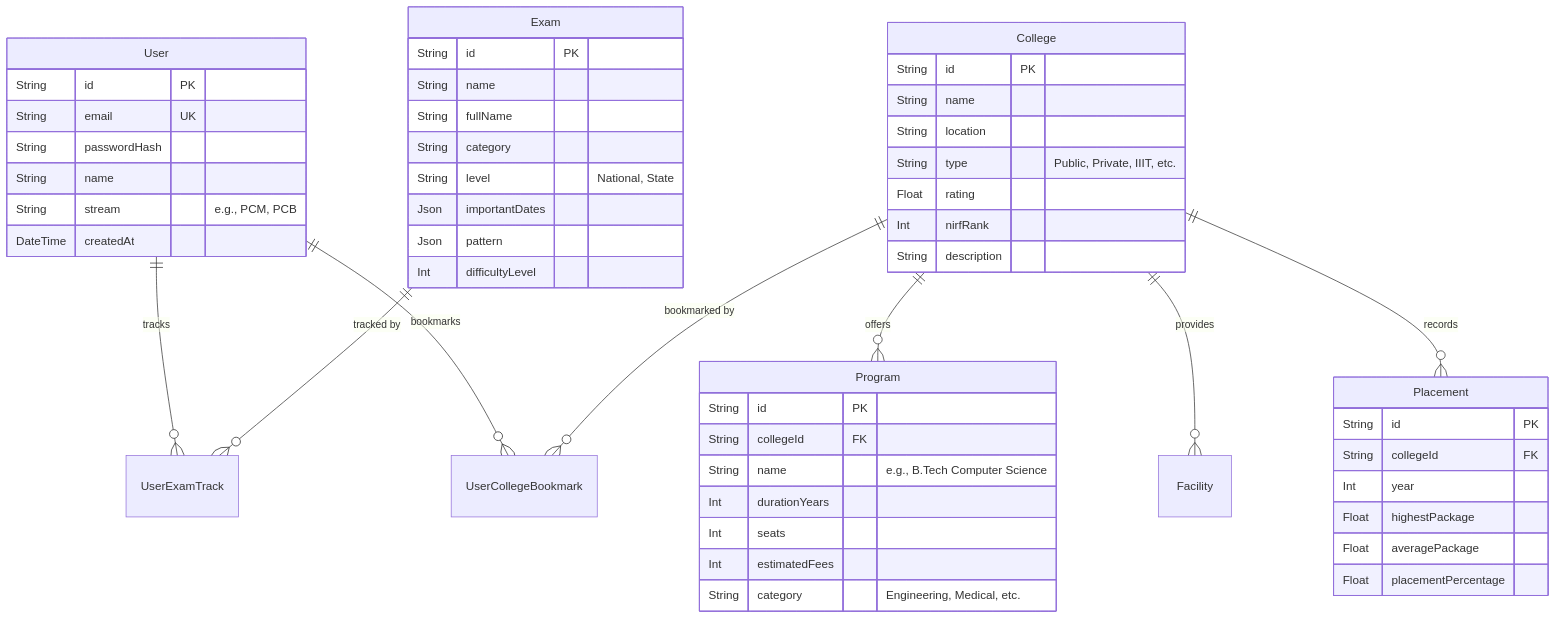
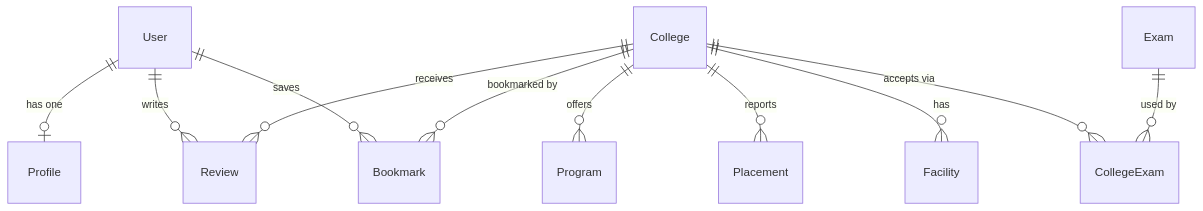
One commit to Aryan-del-07/studzens changed the diagram in docs/DATABASE_ARCHITECTURE.md. Above: the diagram before and after it, drawn with Mermaid. The commit also changed other lines of this file and 33 other files, not shown here.

````diff
--- a/docs/DATABASE_ARCHITECTURE.md
+++ b/docs/DATABASE_ARCHITECTURE.md
@@ -12,61 +17,15 @@
 ```mermaid
 erDiagram
-    User ||--o{ UserExamTrack : tracks
-    User ||--o{ UserCollegeBookmark : bookmarks
-    
-    User {
-        String id PK
-        String email UK
-        String passwordHash
-        String name
-        String stream "e.g., PCM, PCB"
-        DateTime createdAt
-    }
+    User ||--o| Profile : "has one"
+    User ||--o{ Review : "writes"
+    User ||--o{ Bookmark : "saves"
 
-    College ||--o{ Program : offers
-    College ||--o{ Facility : provides
-    College ||--o{ Placement : records
-    College ||--o{ UserCollegeBookmark : "bookmarked by"
+    College ||--o{ Program : "offers"
+    College ||--o{ Placement : "reports"
+    College ||--o{ Facility : "has"
+    College ||--o{ Review : "receives"
+    College ||--o{ Bookmark : "bookmarked by"
+    College ||--o{ CollegeExam : "accepts via"
 
-    College {
-        String id PK
-        String name
-        String location
-        String type "Public, Private, IIIT, etc."
-        Float rating
-        Int nirfRank
-        String description
-    }
-
-    Program {
-        String id PK
-        String collegeId FK
-        String name "e.g., B.Tech Computer Science"
-        Int durationYears
-        Int seats
-        Int estimatedFees
-        String category "Engineering, Medical, etc."
-    }
-
-    Placement {
-        String id PK
-        String collegeId FK
-        Int year
-        Float highestPackage
-        Float averagePackage
-        Float placementPercentage
-    }
-
-    Exam ||--o{ UserExamTrack : "tracked by"
-    
-    Exam {
-        String id PK
-        String name
-        String fullName
-        String category
-        String level "National, State"
-        Json importantDates
-        Json pattern
-        Int difficultyLevel
-    }
+    Exam ||--o{ CollegeExam : "used by"
 ```
````
